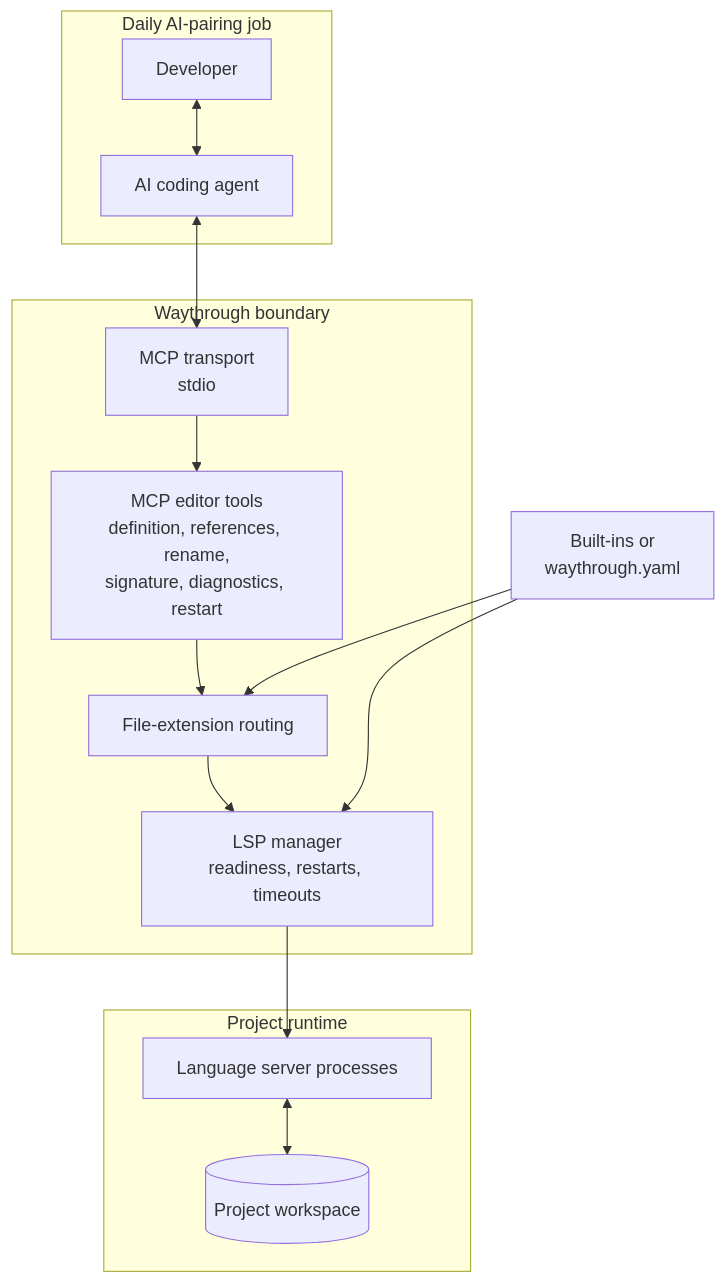
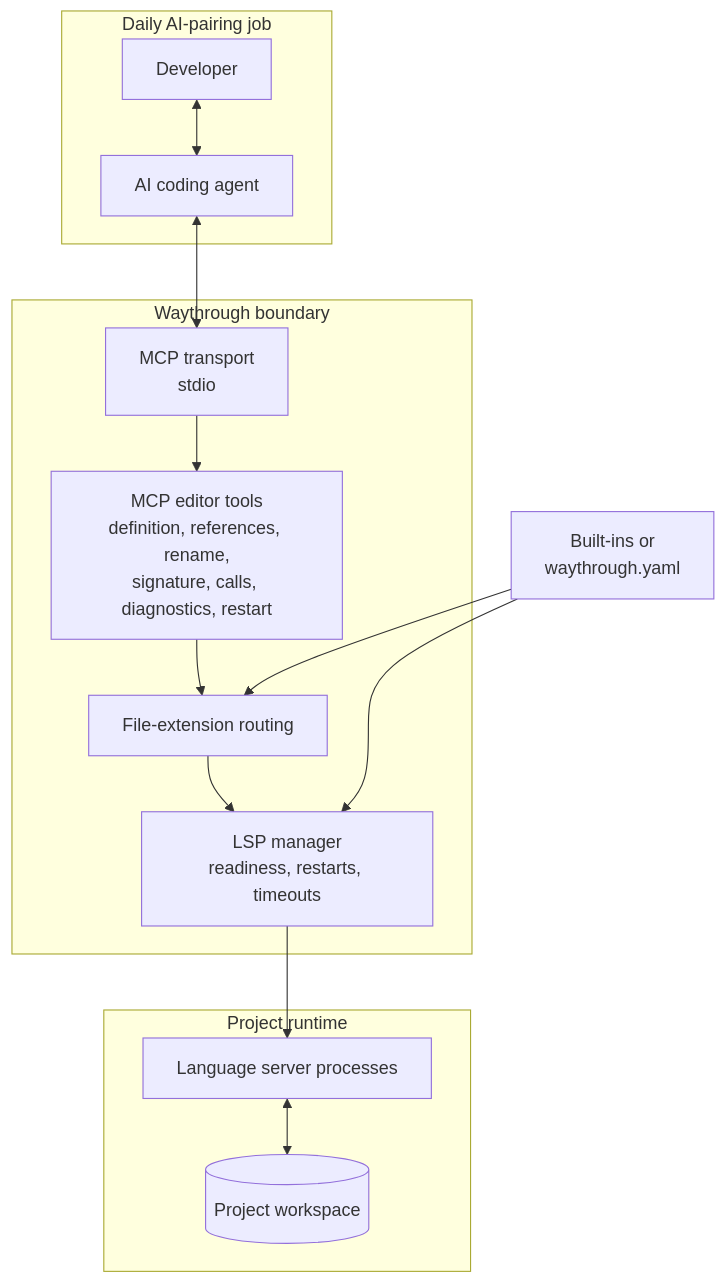
One commit to gustavofsantos/waythrough changed the diagram in README.md. Above: the diagram before and after it, drawn with Mermaid. The commit also changed other lines of this file and 2 other files, not shown here.

````diff
--- a/README.md
+++ b/README.md
@@ -27,27 +27,27 @@
 ```mermaid
 flowchart TB
   subgraph pairing["Daily AI-pairing job"]
     developer["Developer"] <--> agent["AI coding agent"]
   end
 
   subgraph waythrough["Waythrough boundary"]
     mcp["MCP transport<br/>stdio"]
-    tools["MCP editor tools<br/>definition, references, rename,<br/>signature, diagnostics, restart"]
+    tools["MCP editor tools<br/>definition, references, rename,<br/>signature, calls, diagnostics, restart"]
     routing["File-extension routing"]
     lifecycle["LSP manager<br/>readiness, restarts, timeouts"]
 
     mcp --> tools --> routing --> lifecycle
   end
 
   config["Built-ins or<br/>waythrough.yaml"] --> routing
   config --> lifecycle
 
   subgraph runtime["Project runtime"]
     servers["Language server processes"]
     workspace[("Project workspace")]
     servers <--> workspace
   end
 
   agent <--> mcp
   lifecycle --> servers
 ```
````
